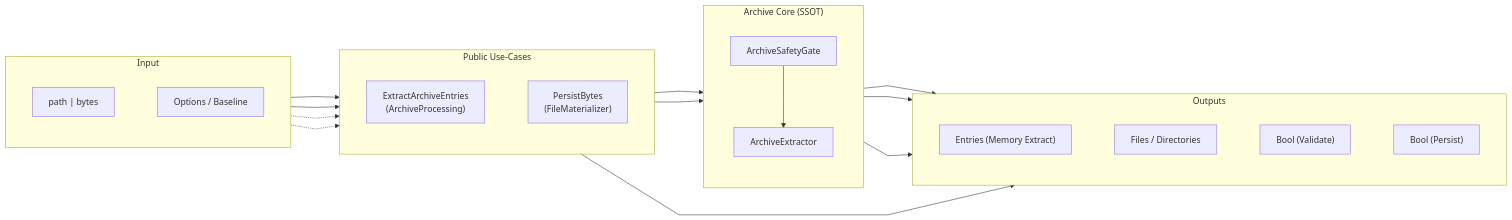
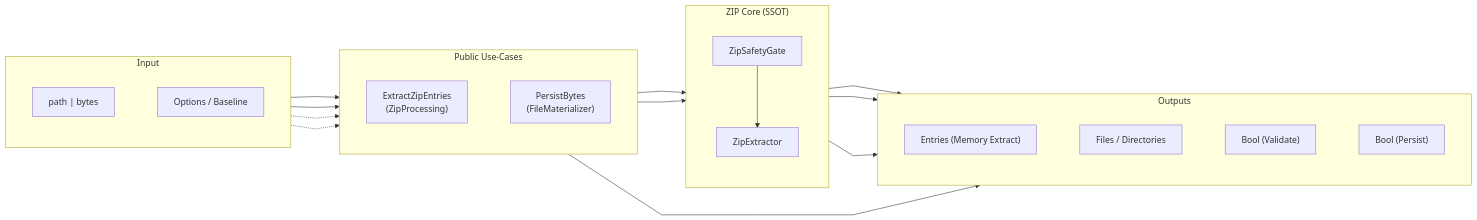
One commit to tomtastisch/FileClassifier changed the fourth of 9 diagrams in docs/02_ARCHITECTURE_AND_FLOWS.md. Above: the diagram before and after it, drawn with Mermaid. The commit also changed other lines of this file and 80 other files, not shown here.

````diff
--- a/docs/02_ARCHITECTURE_AND_FLOWS.md
+++ b/docs/02_ARCHITECTURE_AND_FLOWS.md
@@ -142,54 +138,54 @@
 ```mermaid
 %%{init: {"flowchart": {"curve": "linear", "nodeSpacing": 80, "rankSpacing": 90}, "themeVariables": {"fontSize": "16px"}}}%%
 flowchart LR
 %% --- INPUTS ---
     subgraph INPUT["Input"]
         direction TB
         IN["path | bytes"]
         OPT["Options / Baseline"]
     end
 
 %% --- USE CASES ---
     subgraph UC["Public Use-Cases"]
         direction TB
-        UC2["ExtractArchiveEntries<br/>(ArchiveProcessing)"]
+        UC2["ExtractZipEntries<br/>(ZipProcessing)"]
         UC3["PersistBytes<br/>(FileMaterializer)"]
     end
 
-%% --- ARCHIVE CORE (SSOT) ---
-    subgraph CORE["Archive Core (SSOT)"]
+%% --- ZIP CORE (SSOT) ---
+    subgraph CORE["ZIP Core (SSOT)"]
         direction TB
-        G["ArchiveSafetyGate"]
-        X["ArchiveExtractor"]
+        G["ZipSafetyGate"]
+        X["ZipExtractor"]
         G --> X
     end
 
 %% --- OUTPUTS ---
     subgraph OUT["Outputs"]
         direction TB
         O3["Entries (Memory Extract)"]
         O4["Files / Directories"]
         O2A["Bool (Validate)"]
         O2B["Bool (Persist)"]
     end
 
 %% wiring: inputs -> use cases
     IN --> UC2
     IN --> UC3
 
 %% options context (no dataflow)
     OPT -.-> UC2
     OPT -.-> UC3
 
 %% use cases -> gate
     UC2 --> G
     UC3 --> G
 
 %% gate outcomes
     G --> O2A
     UC3 --> O2B
 
 %% extractor outcomes
     X --> O3
     X --> O4
 ```
````
